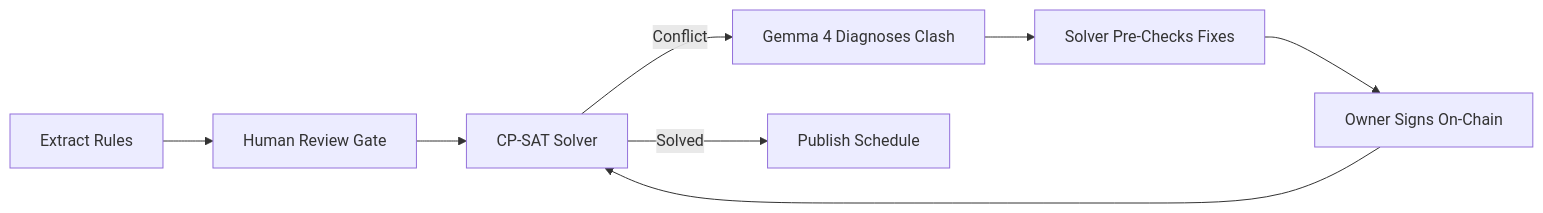
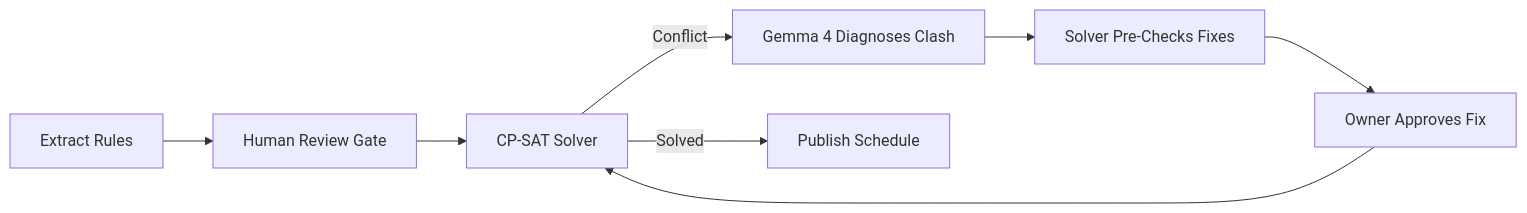
One commit to ANUJ760/PhishTank changed the fifth of 5 diagrams in README.md. Above: the diagram before and after it, drawn with Mermaid. The commit also changed other lines of this file, not shown here.

````diff
--- a/README.md
+++ b/README.md
@@ -269,10 +257,10 @@
 ```mermaid
 flowchart LR
     A["Extract Rules"] --> B["Human Review Gate"]
     B --> C["CP-SAT Solver"]
     C -->|"Conflict"| D["Gemma 4 Diagnoses Clash"]
     D --> E["Solver Pre-Checks Fixes"]
-    E --> F["Owner Signs On-Chain"]
+    E --> F["Owner Approves Fix"]
     F --> C
     C -->|"Solved"| G["Publish Schedule"]
 ```
````
